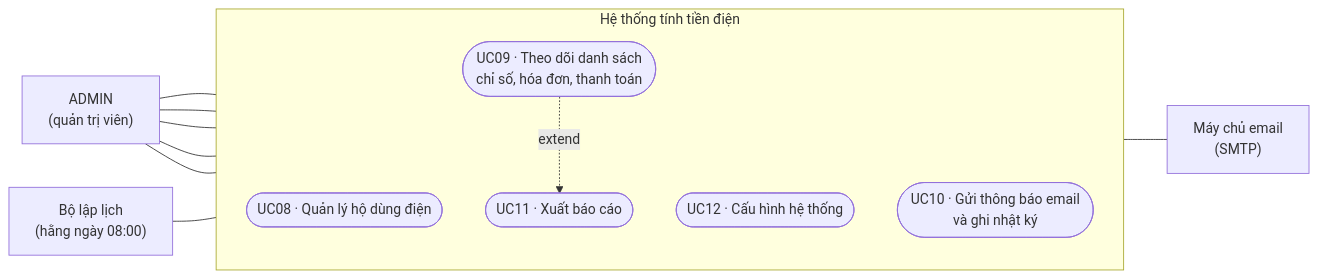
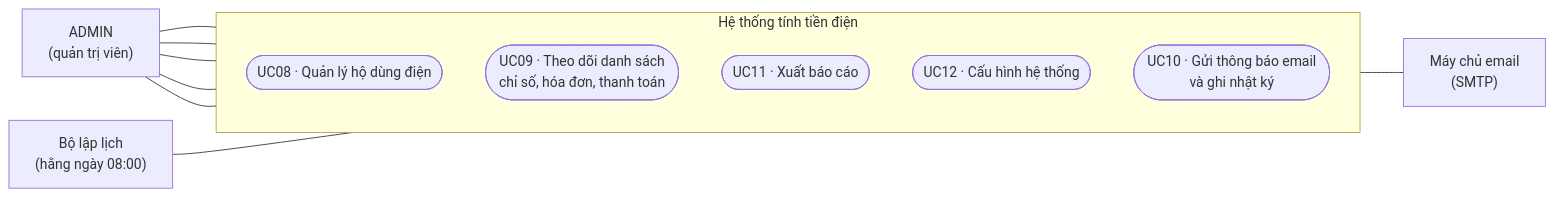
One commit to hieutruong3705/electricbilling changed the second of 2 diagrams in docs/SRS.md. Above: the diagram before and after it, drawn with Mermaid. The commit also changed other lines of this file and 1 other file, not shown here.

````diff
--- a/docs/SRS.md
+++ b/docs/SRS.md
@@ -252,26 +239,24 @@
 ```mermaid
 flowchart LR
     ADM["ADMIN<br/>(quản trị viên)"]
     SCH["Bộ lập lịch<br/>(hằng ngày 08:00)"]
 
     subgraph S2["Hệ thống tính tiền điện"]
         direction TB
         UC08(["UC08 · Quản lý hộ dùng điện"])
         UC09(["UC09 · Theo dõi danh sách<br/>chỉ số, hóa đơn, thanh toán"])
         UC11(["UC11 · Xuất báo cáo"])
         UC12(["UC12 · Cấu hình hệ thống"])
         UC10(["UC10 · Gửi thông báo email<br/>và ghi nhật ký"])
-
-        UC09 -. extend .-> UC11
     end
 
     MAIL["Máy chủ email<br/>(SMTP)"]
 
     ADM --- UC08
     ADM --- UC09
     ADM --- UC11
     ADM --- UC12
     ADM --- UC10
     SCH --- UC10
     UC10 --- MAIL
 ```
````
